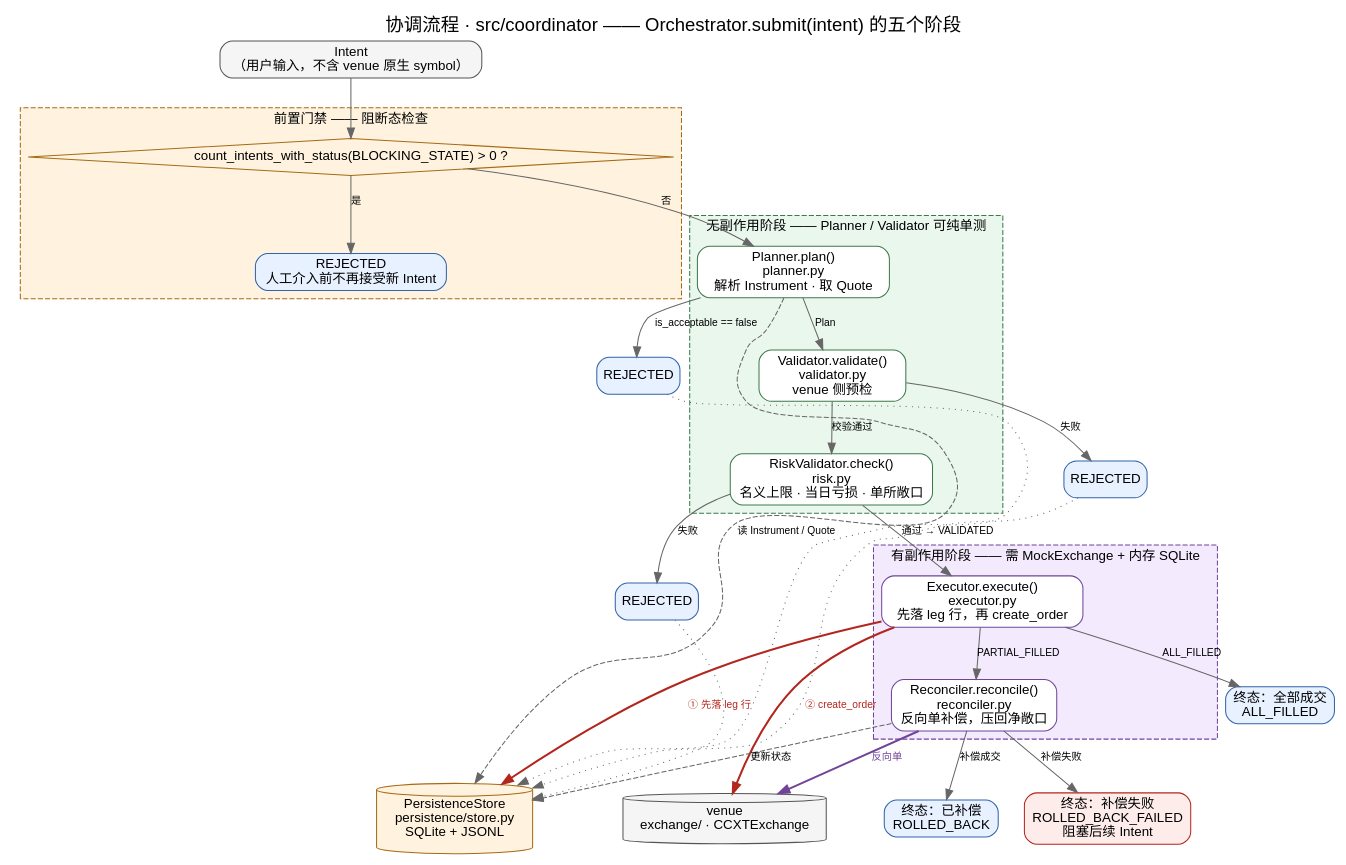
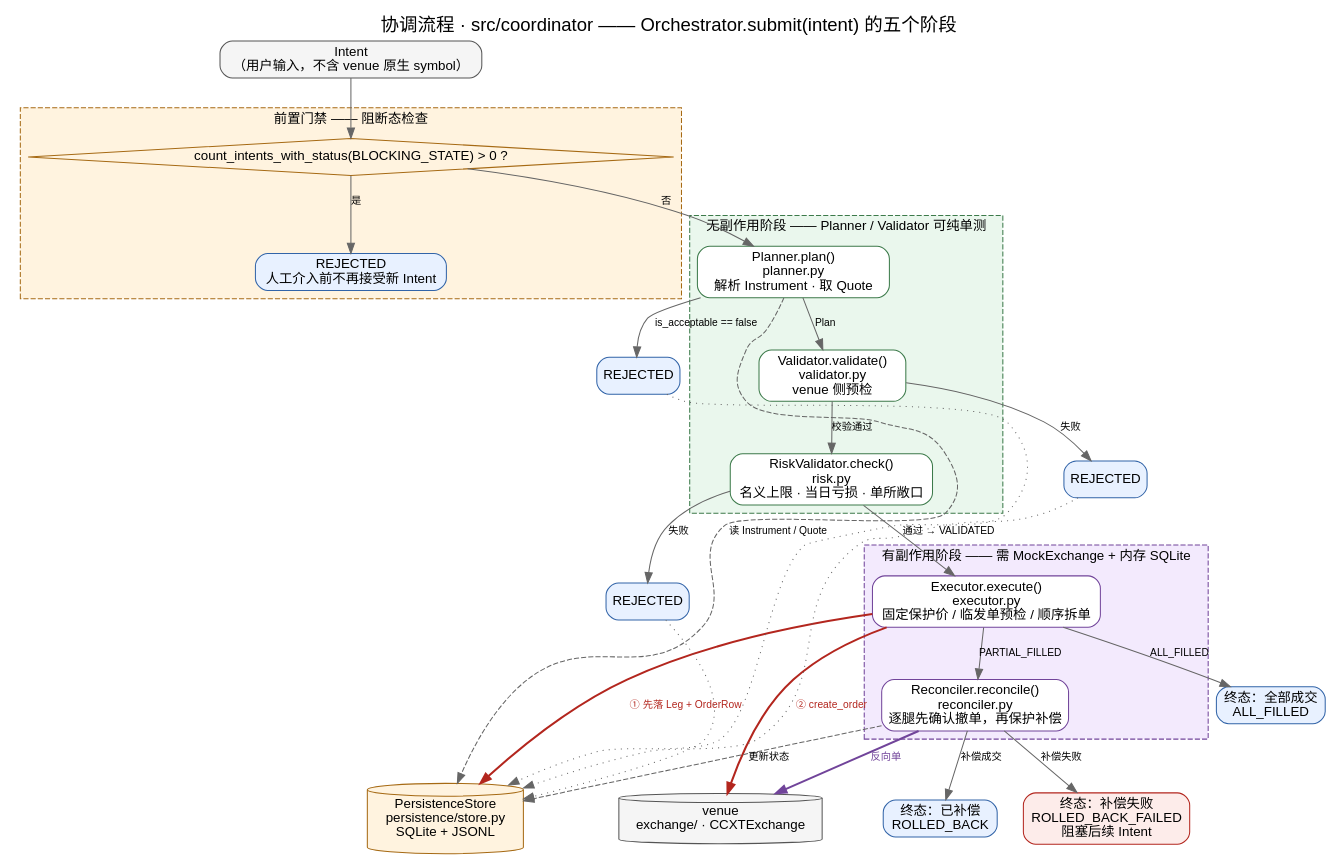
One commit to 0xkayne/OmniTrade changed the diagram in docs/assets/base-coordination-pipeline.dot. Above: the diagram before and after it, drawn with Graphviz. The commit also changed 97 other files, not shown here.

```diff
--- a/docs/assets/base-coordination-pipeline.dot
+++ b/docs/assets/base-coordination-pipeline.dot
@@ -1,86 +1,86 @@
 // 协调流程：五个阶段 + 前置阻断门禁 + 终态集合
 // 源码位置：src/coordinator/{orchestrator,planner,validator,risk,executor,reconciler,state_machine}.py
 // 重新生成：scripts/render_diagrams.sh base-coordination-pipeline
 
 digraph base_coordination_pipeline {
   graph [
     fontname="Helvetica", fontsize="18",
     rankdir=TB, compound=true, nodesep=0.35, ranksep=0.55,
     labelloc="t",
     label="协调流程 · src/coordinator —— Orchestrator.submit(intent) 的五个阶段"
   ];
   node [fontname="Helvetica", fontsize="13", shape=box, style="rounded,filled"];
   edge [fontname="Helvetica", fontsize="10", color="#666666"];
 
   intent [label="Intent\n（用户输入，不含 venue 原生 symbol）",
           fillcolor="#f5f5f5", color="#555555"];
 
   subgraph cluster_gate {
     label="前置门禁 —— 阻断态检查";
     fontsize="13"; color="#a66a14"; style="dashed,filled"; fillcolor="#fff3df";
     block [label="count_intents_with_status(BLOCKING_STATE) > 0 ?",
            shape=diamond, style=filled, fillcolor="#fff3df", color="#a66a14"];
     rejected0 [label="REJECTED\n人工介入前不再接受新 Intent",
                fillcolor="#e8f1ff", color="#3264a8"];
   }
 
   subgraph cluster_pure {
     label="无副作用阶段 —— Planner / Validator 可纯单测";
     fontsize="13"; color="#3c7a4a"; style="dashed,filled"; fillcolor="#eaf7ed";
     planner [label="Planner.plan()\nplanner.py\n解析 Instrument · 取 Quote",
              fillcolor="#ffffff", color="#3c7a4a"];
     validator [label="Validator.validate()\nvalidator.py\nvenue 侧预检",
                fillcolor="#ffffff", color="#3c7a4a"];
     risk [label="RiskValidator.check()\nrisk.py\n名义上限 · 当日亏损 · 单所敞口",
           fillcolor="#ffffff", color="#3c7a4a"];
   }
 
   subgraph cluster_effect {
     label="有副作用阶段 —— 需 MockExchange + 内存 SQLite";
     fontsize="13"; color="#71449a"; style="dashed,filled"; fillcolor="#f3eafd";
-    executor [label="Executor.execute()\nexecutor.py\n先落 leg 行，再 create_order",
+    executor [label="Executor.execute()\nexecutor.py\n固定保护价 / 临发单预检 / 顺序拆单",
               fillcolor="#ffffff", color="#71449a"];
-    reconciler [label="Reconciler.reconcile()\nreconciler.py\n反向单补偿，压回净敞口",
+    reconciler [label="Reconciler.reconcile()\nreconciler.py\n逐腿先确认撤单，再保护补偿",
                 fillcolor="#ffffff", color="#71449a"];
   }
 
   store [label="PersistenceStore\npersistence/store.py\nSQLite + JSONL",
          shape=cylinder, style=filled, fillcolor="#fff3df", color="#a66a14"];
   venue [label="venue\nexchange/ · CCXTExchange",
          shape=cylinder, style=filled, fillcolor="#f5f5f5", color="#555555"];
 
   rej_plan  [label="REJECTED", fillcolor="#e8f1ff", color="#3264a8"];
   rej_valid [label="REJECTED", fillcolor="#e8f1ff", color="#3264a8"];
   rej_risk  [label="REJECTED", fillcolor="#e8f1ff", color="#3264a8"];
 
   done    [label="终态：全部成交\nALL_FILLED",   fillcolor="#e8f1ff", color="#3264a8"];
   rolled  [label="终态：已补偿\nROLLED_BACK",     fillcolor="#e8f1ff", color="#3264a8"];
   failed  [label="终态：补偿失败\nROLLED_BACK_FAILED\n阻塞后续 Intent",
            fillcolor="#fdecea", color="#b3261e"];
 
   intent -> block;
   block -> rejected0 [label="是"];
   block -> planner   [label="否"];
 
   planner   -> rej_plan  [label="is_acceptable == false"];
   planner   -> validator [label="Plan"];
   validator -> rej_valid [label="失败"];
   validator -> risk      [label="校验通过"];
   risk      -> rej_risk  [label="失败"];
   risk      -> executor  [label="通过 → VALIDATED"];
 
   executor   -> done     [label="ALL_FILLED"];
   executor   -> reconciler [label="PARTIAL_FILLED"];
   reconciler -> rolled   [label="补偿成交"];
   reconciler -> failed   [label="补偿失败"];
 
   // 落盘与发单：Executor 先落 leg 行、再 create_order —— 这两条的顺序不可调换
-  executor -> store [label="① 先落 leg 行", style=bold, color="#b3261e", fontcolor="#b3261e"];
+  executor -> store [label="① 先落 Leg + OrderRow", style=bold, color="#b3261e", fontcolor="#b3261e"];
   executor -> venue [label="② create_order", style=bold, color="#b3261e", fontcolor="#b3261e"];
   reconciler -> venue [label="反向单", style=bold, color="#71449a", fontcolor="#71449a"];
   reconciler -> store [label="更新状态", style=dashed];
   planner -> store [label="读 Instrument / Quote", style=dashed, constraint=false];
   rej_plan  -> store [style=dotted, constraint=false];
   rej_valid -> store [style=dotted, constraint=false];
   rej_risk  -> store [style=dotted, constraint=false];
 }
```
